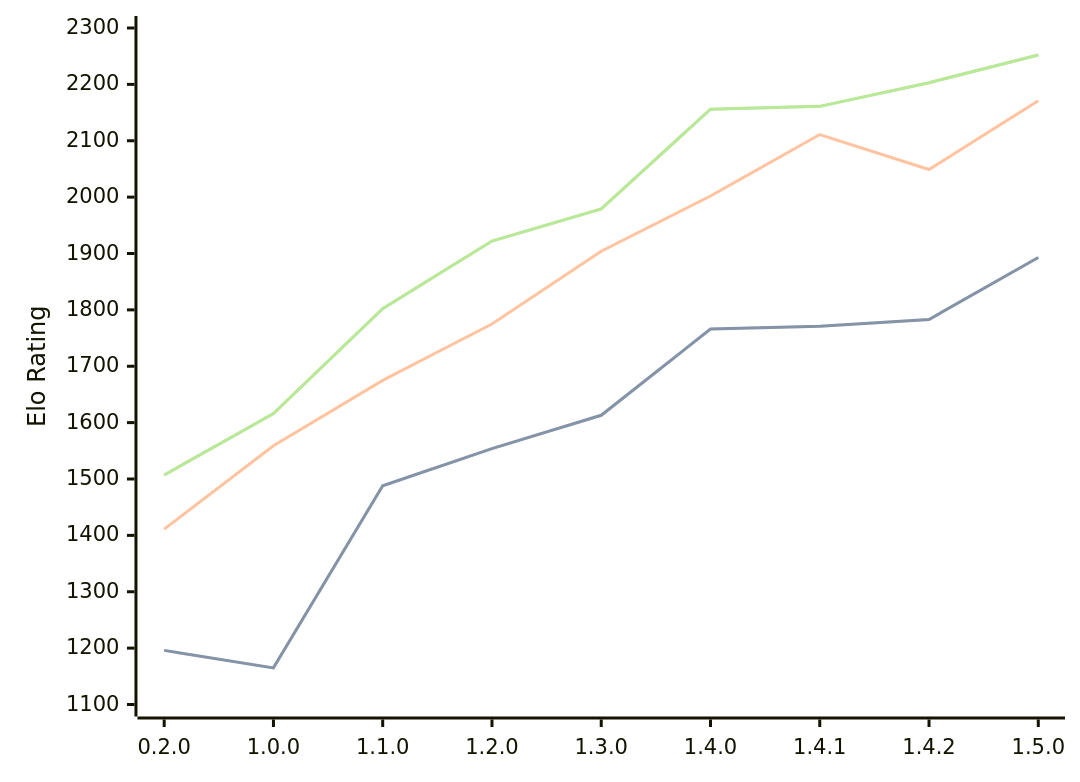
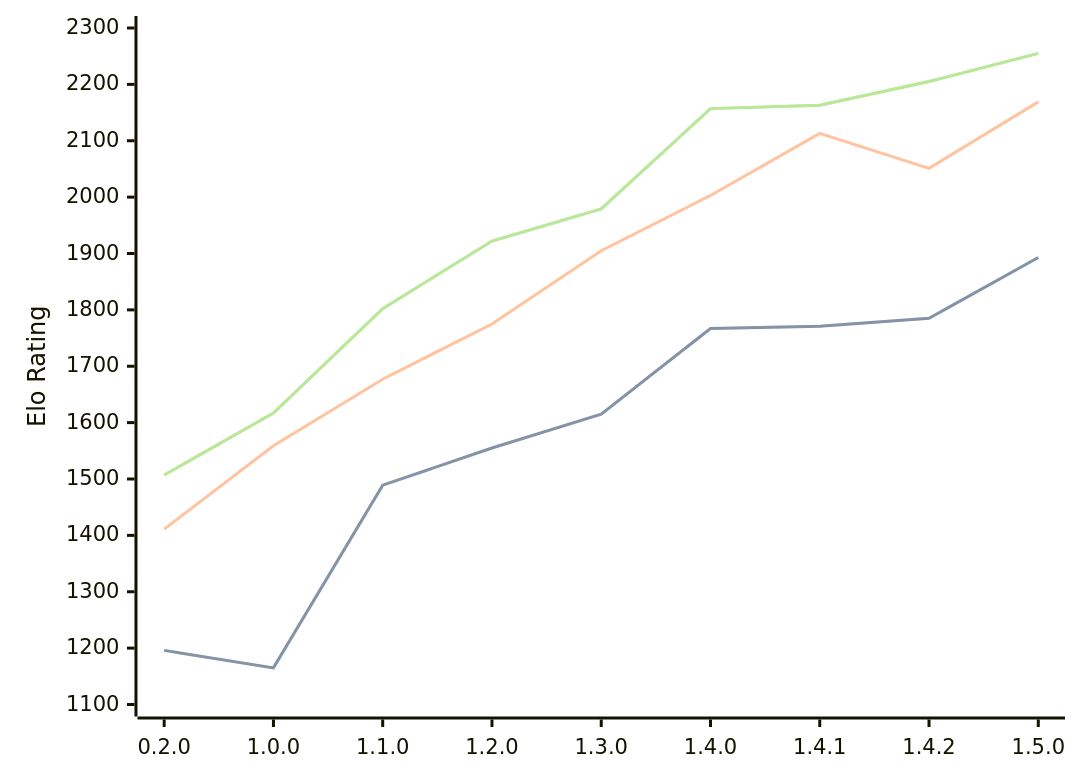
One commit to computer-chess-index/cci changed the diagram in engines/Zeppelin.md. Above: the diagram before and after it, drawn with Mermaid. The commit also changed other lines of this file, not shown here.

Commit message:
Update CCI Ratings (ELO VLTC) - 2026-07-24

````diff
--- a/engines/Zeppelin.md
+++ b/engines/Zeppelin.md
@@ -41,11 +41,11 @@
 ```mermaid
 %%{init: {"theme":"base","themeVariables":{"seriesColors:['#a3a3a3','#222221','#faa371']}}}%%
 xychart-beta
   x-axis ["0.2.0", "1.0.0", "1.1.0", "1.2.0", "1.3.0", "1.4.0", "1.4.1", "1.4.2", "1.5.0"]
   y-axis "Elo Rating" 1100 --> 2300
-  line "STC (8.0+0.08s)" [1196, 1165, 1488, 1554, 1613, 1766, 1771, 1783, 1893]
-  line "STC (8.0+0.08s)" [1196, 1165, 1488, 1554, 1613, 1766, 1771, 1783, 1893]
-  line "LTC (60.0+0.60s)" [1411, 1559, 1675, 1775, 1904, 2002, 2111, 2049, 2171]
-  line "VLTC (2m24s+1.12s)" [1507, 1616, 1802, 1922, 1979, 2156, 2161, 2203, 2252]
-  line "VLTC (2m24s+1.12s)" [1507, 1616, 1802, 1922, 1979, 2156, 2161, 2203, 2252]
+  line "STC (8.0+0.08s)" [1196, 1165, 1489, 1555, 1615, 1767, 1771, 1785, 1893]
+  line "STC (8.0+0.08s)" [1196, 1165, 1489, 1555, 1615, 1767, 1771, 1785, 1893]
+  line "LTC (60.0+0.60s)" [1411, 1559, 1677, 1775, 1905, 2003, 2113, 2051, 2169]
+  line "VLTC (2m24s+1.12s)" [1507, 1617, 1802, 1922, 1979, 2157, 2163, 2205, 2255]
+  line "VLTC (2m24s+1.12s)" [1507, 1617, 1802, 1922, 1979, 2157, 2163, 2205, 2255]
 ```
````
